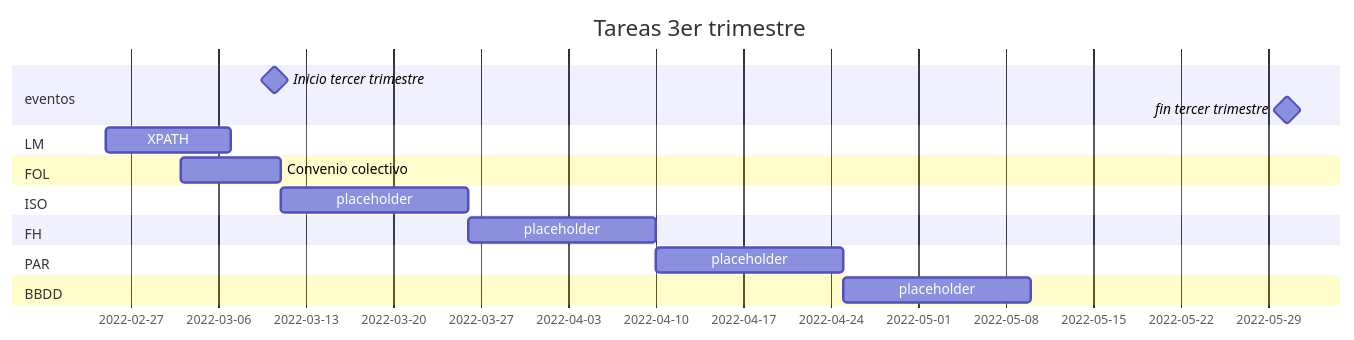
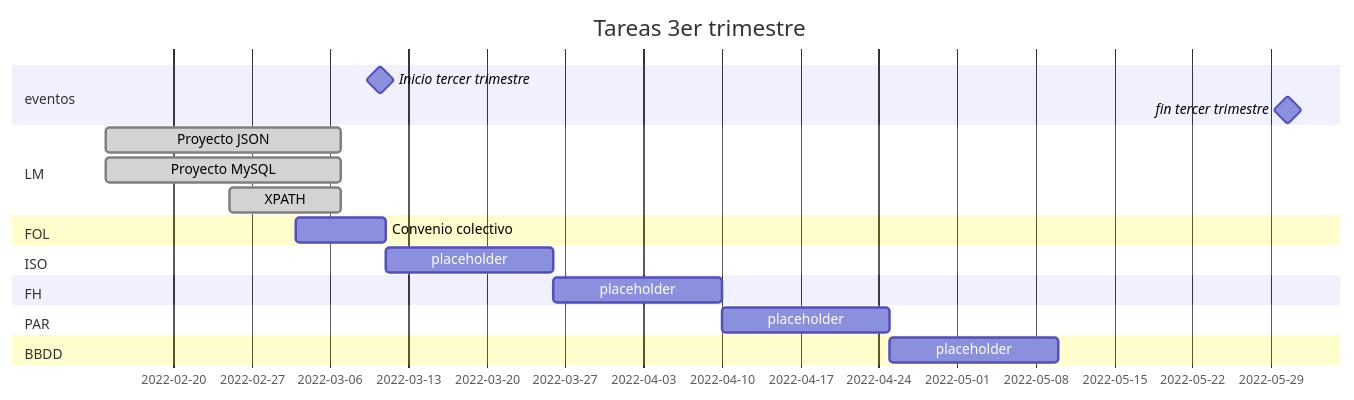
The diagram in README.md (robertorodriguez98/apuntesClase), drawn with Mermaid before and after one commit. The commit also changed other lines of this file, not shown here.

````diff
--- a/README.md
+++ b/README.md
@@ -3,25 +3,29 @@
 ```mermaid
 gantt
+    %%etiquetas posibles: done,active,crit,milestone
     title Tareas 3er trimestre
     dateFormat  YYYY-MM-DD
     section eventos
     Inicio tercer trimestre : milestone,2022-03-10,1d
     fin tercer trimestre : milestone,2022-05-30,1d
+    
     section LM
-    XPATH                   :a1, 2022-02-25, 2022-03-07
+    Proyecto JSON           :done,2022-02-14,2022-03-07
+    Proyecto MySQL          :done,2022-02-14,2022-03-07
+    XPATH                   :done,2022-02-25,2022-03-07
 
     section FOL
     Convenio colectivo      :2022-03-03,2022-03-11
 
     section ISO
     placeholder             :15d
 
     section FH
     placeholder             :15d
 
     section PAR
     placeholder             :15d
 
     section BBDD
     placeholder             :15d
 ```
````
